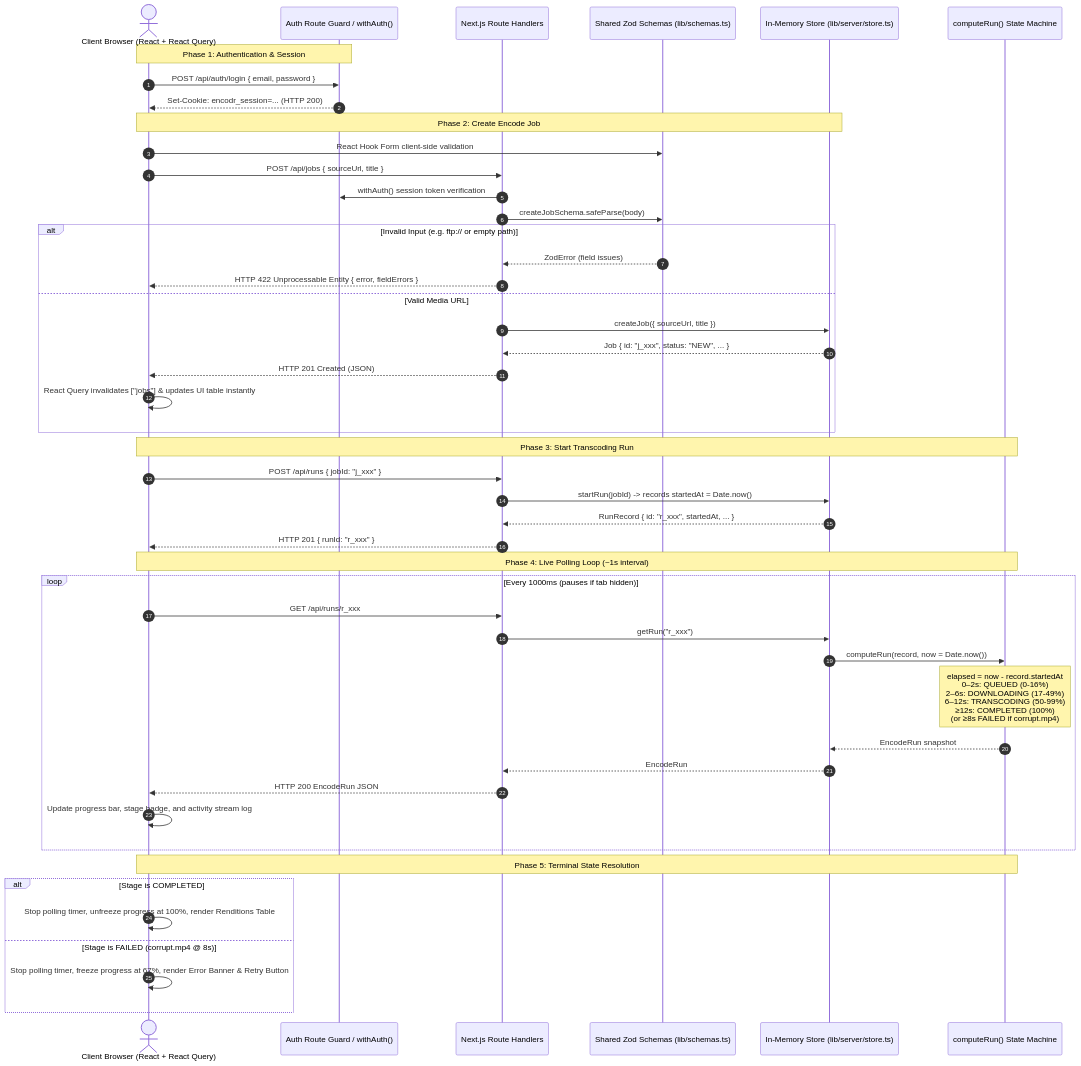
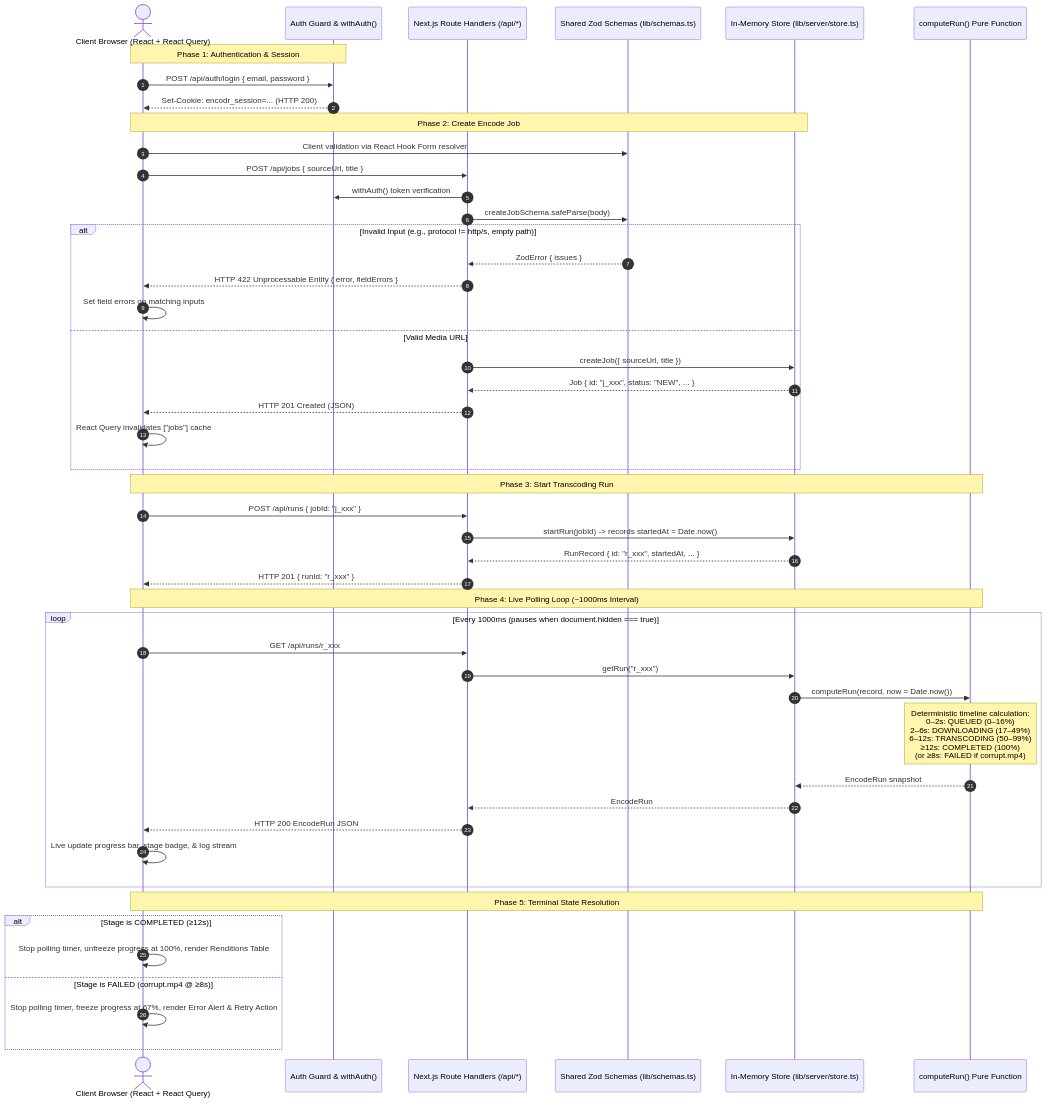
The first of 3 diagrams in README.md (Tharun4743/encodr-lite-take-home), drawn with Mermaid before and after one commit. The commit also changed other lines of this file, not shown here.

Commit message:
docs: update comprehensive candidate write-up, detailed Mermaid architecture, and evaluation answers based on BRIEF.md

````diff
--- a/README.md
+++ b/README.md
@@ -93,54 +41,55 @@
 ```mermaid
 sequenceDiagram
     autonumber
     actor User as Client Browser (React + React Query)
-    participant Auth as Auth Route Guard / withAuth()
-    participant API as Next.js Route Handlers
+    participant Auth as Auth Guard & withAuth()
+    participant API as Next.js Route Handlers (/api/*)
     participant Zod as Shared Zod Schemas (lib/schemas.ts)
     participant Store as In-Memory Store (lib/server/store.ts)
-    participant Machine as computeRun() State Machine
+    participant StateMachine as computeRun() Pure Function
 
     Note over User,Auth: Phase 1: Authentication & Session
     User->>Auth: POST /api/auth/login { email, password }
     Auth-->>User: Set-Cookie: encodr_session=... (HTTP 200)
 
     Note over User,Store: Phase 2: Create Encode Job
-    User->>Zod: React Hook Form client-side validation
+    User->>Zod: Client validation via React Hook Form resolver
     User->>API: POST /api/jobs { sourceUrl, title }
-    API->>Auth: withAuth() session token verification
+    API->>Auth: withAuth() token verification
     API->>Zod: createJobSchema.safeParse(body)
-    alt Invalid Input (e.g. ftp:// or empty path)
-        Zod-->>API: ZodError (field issues)
+    alt Invalid Input (e.g., protocol != http/s, empty path)
+        Zod-->>API: ZodError { issues }
         API-->>User: HTTP 422 Unprocessable Entity { error, fieldErrors }
+        User->>User: Set field errors on matching inputs
     else Valid Media URL
         API->>Store: createJob({ sourceUrl, title })
         Store-->>API: Job { id: "j_xxx", status: "NEW", ... }
         API-->>User: HTTP 201 Created (JSON)
-        User->>User: React Query invalidates ["jobs"] & updates UI table instantly
+        User->>User: React Query invalidates ["jobs"] cache
     end
 
-    Note over User,Machine: Phase 3: Start Transcoding Run
+    Note over User,StateMachine: Phase 3: Start Transcoding Run
     User->>API: POST /api/runs { jobId: "j_xxx" }
     API->>Store: startRun(jobId) -> records startedAt = Date.now()
     Store-->>API: RunRecord { id: "r_xxx", startedAt, ... }
     API-->>User: HTTP 201 { runId: "r_xxx" }
 
-    Note over User,Machine: Phase 4: Live Polling Loop (~1s interval)
-    loop Every 1000ms (pauses if tab hidden)
+    Note over User,StateMachine: Phase 4: Live Polling Loop (~1000ms Interval)
+    loop Every 1000ms (pauses when document.hidden === true)
         User->>API: GET /api/runs/r_xxx
         API->>Store: getRun("r_xxx")
-        Store->>Machine: computeRun(record, now = Date.now())
-        Note over Machine: elapsed = now - record.startedAt<br/>0–2s: QUEUED (0-16%)<br/>2–6s: DOWNLOADING (17-49%)<br/>6–12s: TRANSCODING (50-99%)<br/>≥12s: COMPLETED (100%)<br/>(or ≥8s FAILED if corrupt.mp4)
-        Machine-->>Store: EncodeRun snapshot
+        Store->>StateMachine: computeRun(record, now = Date.now())
+        Note over StateMachine: Deterministic timeline calculation:<br/>0–2s: QUEUED (0–16%)<br/>2–6s: DOWNLOADING (17–49%)<br/>6–12s: TRANSCODING (50–99%)<br/>≥12s: COMPLETED (100%)<br/>(or ≥8s: FAILED if corrupt.mp4)
+        StateMachine-->>Store: EncodeRun snapshot
         Store-->>API: EncodeRun
         API-->>User: HTTP 200 EncodeRun JSON
-        User->>User: Update progress bar, stage badge, and activity stream log
+        User->>User: Live update progress bar, stage badge, & log stream
     end
 
-    Note over User,Machine: Phase 5: Terminal State Resolution
-    alt Stage is COMPLETED
+    Note over User,StateMachine: Phase 5: Terminal State Resolution
+    alt Stage is COMPLETED (≥12s)
         User->>User: Stop polling timer, unfreeze progress at 100%, render Renditions Table
-    else Stage is FAILED (corrupt.mp4 @ 8s)
-        User->>User: Stop polling timer, freeze progress at 67%, render Error Banner & Retry Button
+    else Stage is FAILED (corrupt.mp4 @ ≥8s)
+        User->>User: Stop polling timer, freeze progress at 67%, render Error Alert & Retry Action
     end
 ```
````
